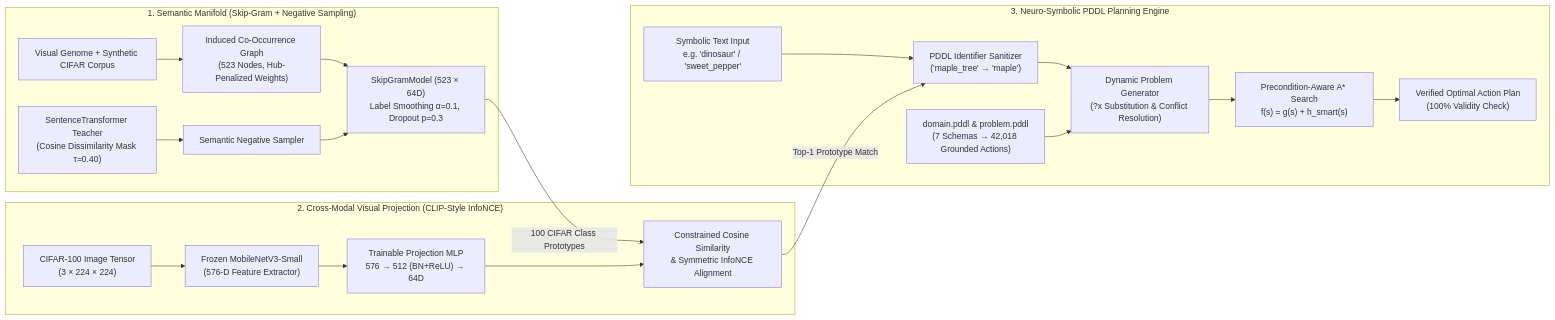
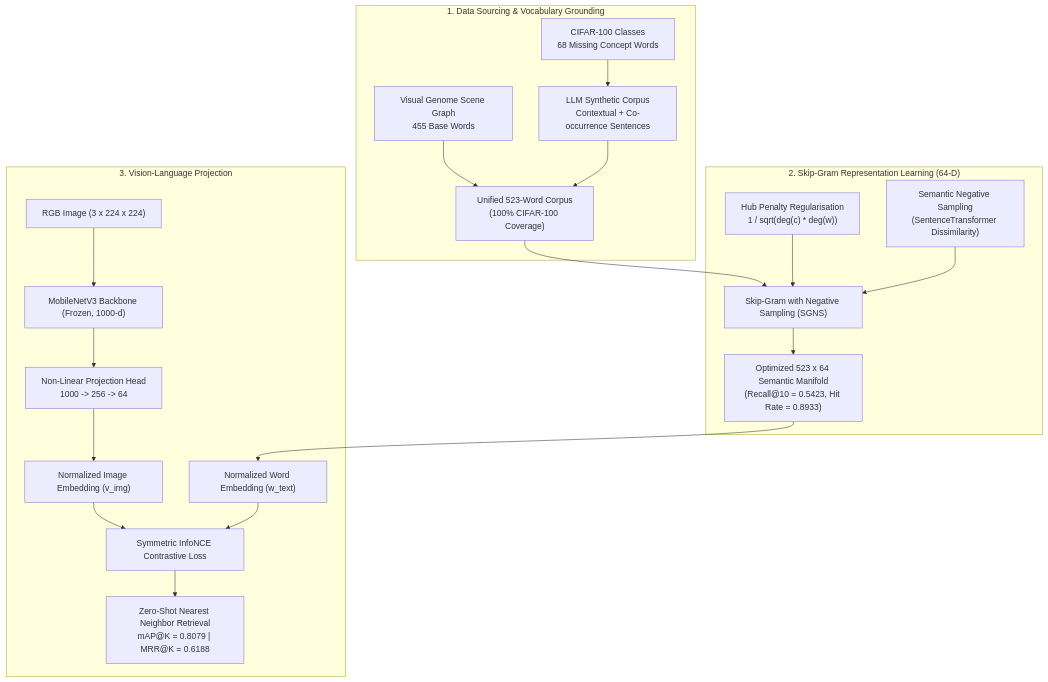
The diagram in README.md (Ceviche98/visual-semantic-embeddings-and-planning), drawn with Mermaid before and after one commit. The commit also changed other lines of this file and 7 other files, not shown here.

Commit message:
feat: focus visual-semantic embeddings on manifold expansion and CIFAR-100 projection

````diff
--- a/README.md
+++ b/README.md
@@ -38,25 +24,27 @@
 ```mermaid
-flowchart LR
-    subgraph Stage1["1. Semantic Manifold (Skip-Gram + Negative Sampling)"]
-        VG["Visual Genome + Synthetic CIFAR Corpus"] --> Graph["Induced Co-Occurrence Graph\n(523 Nodes, Hub-Penalized Weights)"]
-        Teacher["SentenceTransformer Teacher\n(Cosine Dissimilarity Mask τ=0.40)"] --> SemNeg["Semantic Negative Sampler"]
-        Graph --> SGNS["SkipGramModel (523 × 64D)\nLabel Smoothing α=0.1, Dropout p=0.3"]
-        SemNeg --> SGNS
+flowchart TD
+    subgraph DataSources["1. Data Sourcing & Vocabulary Grounding"]
+        VG["Visual Genome Scene Graph<br/>455 Base Words"]
+        C100["CIFAR-100 Classes<br/>68 Missing Concept Words"]
+        LLM["LLM Synthetic Corpus<br/>Contextual + Co-occurrence Sentences"]
+        VG --> CORPUS["Unified 523-Word Corpus<br/>(100% CIFAR-100 Coverage)"]
+        C100 --> LLM
+        LLM --> CORPUS
     end
 
-    subgraph Stage2["2. Cross-Modal Visual Projection (CLIP-Style InfoNCE)"]
-        Img["CIFAR-100 Image Tensor\n(3 × 224 × 224)"] --> Backbone["Frozen MobileNetV3-Small\n(576-D Feature Extractor)"]
-        Backbone --> MLP["Trainable Projection MLP\n576 → 512 (BN+ReLU) → 64D"]
-        SGNS -->|"100 CIFAR Class Prototypes"| InfoNCE["Constrained Cosine Similarity\n& Symmetric InfoNCE Alignment"]
-        MLP --> InfoNCE
+    subgraph ManifoldOpt["2. Skip-Gram Representation Learning (64-D)"]
+        CORPUS --> SG["Skip-Gram with Negative Sampling (SGNS)"]
+        DEG["Hub Penalty Regularisation<br/>1 / sqrt(deg(c) * deg(w))"] --> SG
+        SNS["Semantic Negative Sampling<br/>(SentenceTransformer Dissimilarity)"] --> SG
+        SG --> BEST_EMB["Optimized 523 x 64 Semantic Manifold<br/>(Recall@10 = 0.5423, Hit Rate = 0.8933)"]
     end
 
-    subgraph Stage3["3. Neuro-Symbolic PDDL Planning Engine"]
-        TextIn["Symbolic Text Input\ne.g. 'dinosaur' / 'sweet_pepper'"] --> Sanitize["PDDL Identifier Sanitizer\n('maple_tree' → 'maple')"]
-        InfoNCE -->|"Top-1 Prototype Match"| Sanitize
-        Sanitize --> Ground["Dynamic Problem Generator\n(?x Substitution & Conflict Resolution)"]
-        Domain["domain.pddl & problem.pddl\n(7 Schemas → 42,018 Grounded Actions)"] --> Ground
-        Ground --> AStar["Precondition-Aware A* Search\nf(s) = g(s) + h_smart(s)"]
-        AStar --> Plan["Verified Optimal Action Plan\n(100% Validity Check)"]
+    subgraph CrossModal["3. Vision-Language Projection"]
+        IMG["RGB Image (3 x 224 x 224)"] --> MOB["MobileNetV3 Backbone (Frozen, 1000-d)"]
+        MOB --> MLP["Non-Linear Projection Head<br/>1000 -> 256 -> 64"]
+        MLP --> V_NORM["Normalized Image Embedding (v_img)"]
+        BEST_EMB --> W_NORM["Normalized Word Embedding (w_text)"]
+        V_NORM & W_NORM --> INFONCE["Symmetric InfoNCE Contrastive Loss"]
+        INFONCE --> RETRIEVAL["Zero-Shot Nearest Neighbor Retrieval<br/>mAP@K = 0.8079 | MRR@K = 0.6188"]
     end
 ```
````
